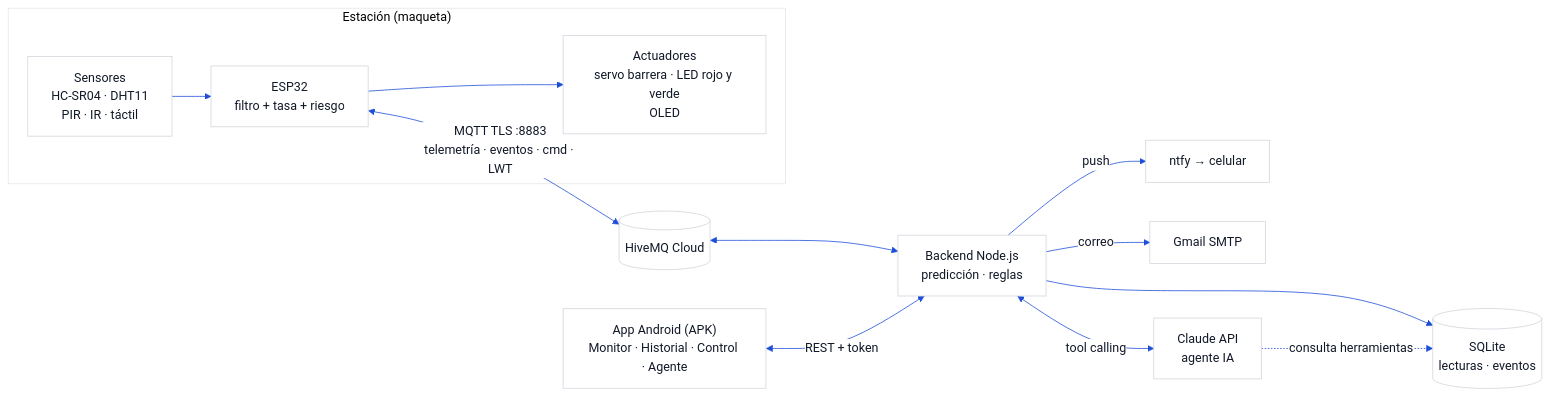
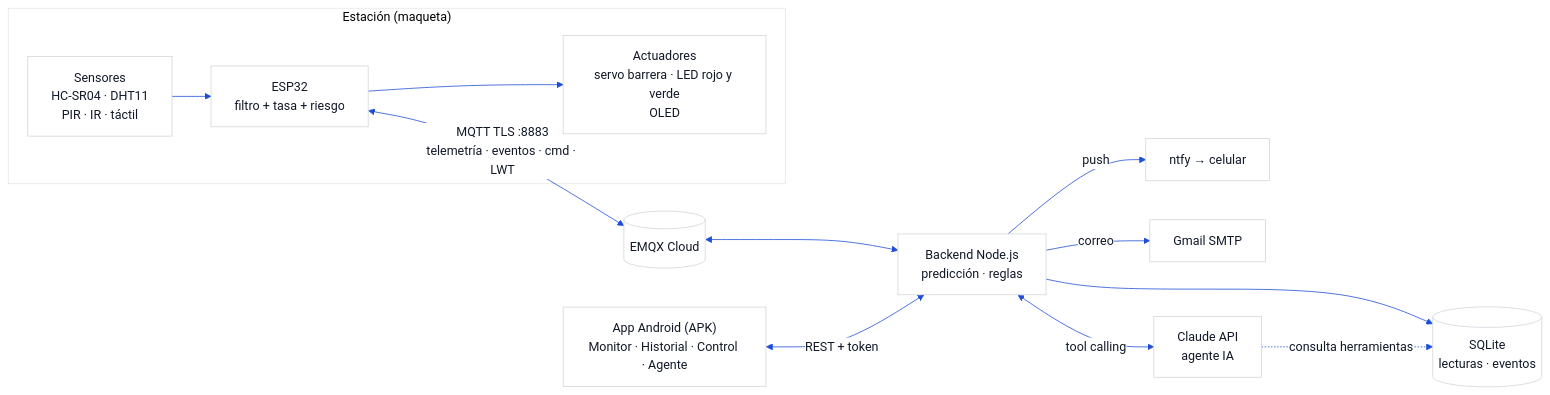
The first of 2 diagrams in docs/02-fase2.md (SantiagoRicaurte06/Proyecto-ESP32-IoT), drawn with Mermaid before and after one commit. The commit also changed other lines of this file and 3 other files, not shown here.

Commit message:
docs: finish switching broker guides to emqx cloud

````diff
--- a/docs/02-fase2.md
+++ b/docs/02-fase2.md
@@ -50,16 +50,16 @@
 ```mermaid
 %%{init: {'theme':'base','themeVariables':{'primaryColor':'#FFFFFF','primaryBorderColor':'#D1D5DB','primaryTextColor':'#111827','lineColor':'#1D4ED8','fontFamily':'Inter, Arial','background':'#F3F4F6'}}}%%
 flowchart LR
   subgraph Estacion["Estación (maqueta)"]
     S["Sensores<br/>HC-SR04 · DHT11<br/>PIR · IR · táctil"] --> E["ESP32<br/>filtro + tasa + riesgo"]
     E --> A["Actuadores<br/>servo barrera · LED rojo y verde<br/>OLED"]
   end
-  E <-->|"MQTT TLS :8883<br/>telemetría · eventos · cmd · LWT"| B[("HiveMQ Cloud")]
+  E <-->|"MQTT TLS :8883<br/>telemetría · eventos · cmd · LWT"| B[("EMQX Cloud")]
   B <--> K["Backend Node.js<br/>predicción · reglas"]
   K --> D[("SQLite<br/>lecturas · eventos")]
   K -->|"push"| N1["ntfy → celular"]
   K -->|"correo"| N2["Gmail SMTP"]
   APP["App Android (APK)<br/>Monitor · Historial · Control · Agente"] <-->|"REST + token"| K
   K <-->|"tool calling"| IA["Claude API<br/>agente IA"]
   IA -.->|"consulta herramientas"| D
 ```
````
